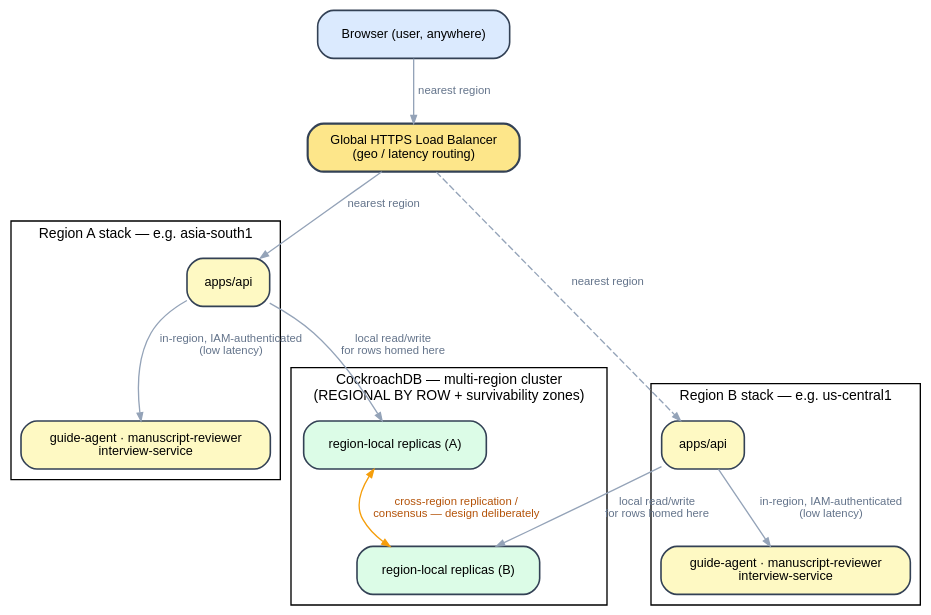
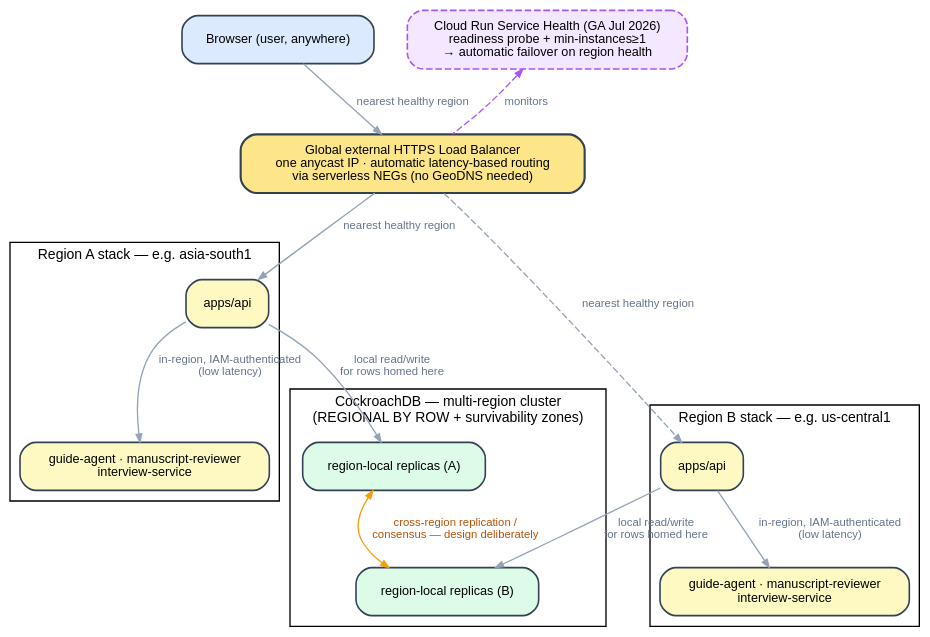
The diagram in Work-Skills/Programming-Tech/Software Development/diagrams/service-architecture-multi-region.dot (Abhinav-Reddy-Ragidi/Learnings), drawn with Graphviz before and after one commit. The commit also changed 51 other files, not shown here.

Commit message:
docs: add agent observability plans and service architecture compute primitives diagram

```diff
--- a/Work-Skills/Programming-Tech/Software Development/diagrams/service-architecture-multi-region.dot
+++ b/Work-Skills/Programming-Tech/Software Development/diagrams/service-architecture-multi-region.dot
@@ -1,46 +1,48 @@
 // Multi-region deployment: replicate the whole stack per region, don't split
 // one call chain across regions. The database is the actual hard part.
 digraph MultiRegion {
   rankdir=TB;
   bgcolor="transparent";
   nodesep=0.35;
   ranksep=0.55;
   node [shape=box, style="rounded,filled", fontname="Helvetica", fontsize=9.5,
         color="#334155", fillcolor="#f8fafc", penwidth=1.2, margin="0.14,0.1"];
   edge [color="#94a3b8", penwidth=1.0, arrowsize=0.6, fontname="Helvetica", fontsize=8.5, fontcolor="#64748b"];
   graph [fontname="Helvetica", fontsize=10.5];
 
   browser [label="Browser (user, anywhere)", fillcolor="#dbeafe"];
-  lb [label="Global HTTPS Load Balancer\n(geo / latency routing)", fillcolor="#fde68a", penwidth=1.6];
+  lb [label="Global external HTTPS Load Balancer\none anycast IP · automatic latency-based routing\nvia serverless NEGs (no GeoDNS needed)", fillcolor="#fde68a", penwidth=1.6];
+  health [label="Cloud Run Service Health (GA Jul 2026)\nreadiness probe + min-instances≥1\n→ automatic failover on region health", fillcolor="#f3e8ff", color="#a855f7", style="rounded,dashed,filled"];
 
   subgraph cluster_a {
     label="Region A stack — e.g. asia-south1";
     fillcolor="#fefce8";
     api_a  [label="apps/api", fillcolor="#fef9c3"];
     sat_a  [label="guide-agent · manuscript-reviewer\ninterview-service", fillcolor="#fef9c3"];
   }
 
   subgraph cluster_b {
     label="Region B stack — e.g. us-central1";
     fillcolor="#fefce8";
     api_b  [label="apps/api", fillcolor="#fef9c3"];
     sat_b  [label="guide-agent · manuscript-reviewer\ninterview-service", fillcolor="#fef9c3"];
   }
 
   subgraph cluster_db {
     label="CockroachDB — multi-region cluster\n(REGIONAL BY ROW + survivability zones)";
     fillcolor="#f0fdf4";
     db_a [label="region-local replicas (A)", fillcolor="#dcfce7"];
     db_b [label="region-local replicas (B)", fillcolor="#dcfce7"];
   }
 
-  browser -> lb -> api_a [label="nearest region"];
-  lb -> api_b [label="nearest region", style=dashed];
+  browser -> lb -> api_a [label="nearest healthy region"];
+  lb -> api_b [label="nearest healthy region", style=dashed];
+  health -> lb [style=dashed, color="#a855f7", dir=back, label="  monitors"];
 
   api_a -> sat_a [label="in-region, IAM-authenticated\n(low latency)"];
   api_b -> sat_b [label="in-region, IAM-authenticated\n(low latency)"];
 
   api_a -> db_a [label="local read/write\nfor rows homed here"];
   api_b -> db_b [label="local read/write\nfor rows homed here"];
   db_a -> db_b [label="cross-region replication /\nconsensus — design deliberately", dir=both, color="#f59e0b", fontcolor="#b45309"];
 }
```
